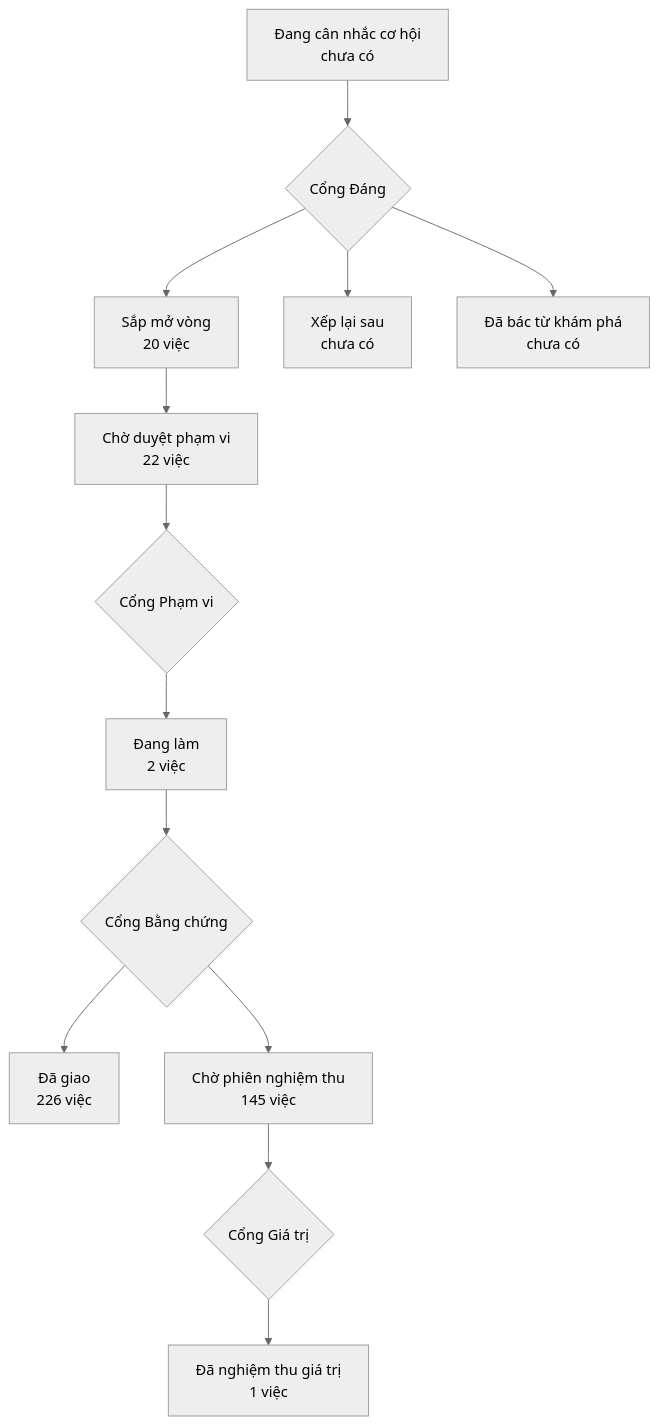
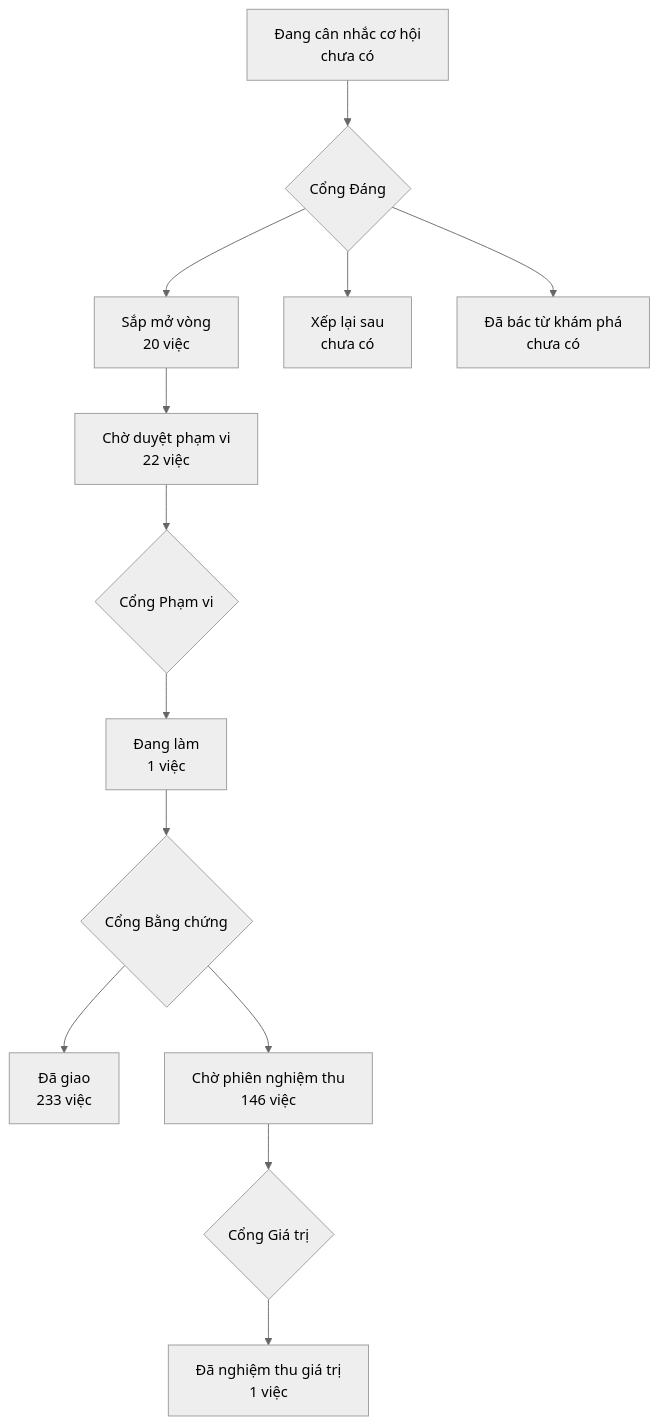
One commit to phanlemanh/onehub-invest changed the diagram in PRODUCT-MAP.md. Above: the diagram before and after it, drawn with Mermaid (neutral theme). The commit also changed other lines of this file and 1 other file, not shown here.

````diff
--- a/PRODUCT-MAP.md
+++ b/PRODUCT-MAP.md
@@ -7,12 +7,12 @@
 ```mermaid
 flowchart TD
   A["Đang cân nhắc cơ hội<br/>chưa có"] --> GD{"Cổng Đáng"}
   GD --> B["Sắp mở vòng<br/>20 việc"]
   GD --> XL["Xếp lại sau<br/>chưa có"]
   GD --> DB["Đã bác từ khám phá<br/>chưa có"]
   B --> CD["Chờ duyệt phạm vi<br/>22 việc"] --> GP{"Cổng Phạm vi"}
-  GP --> DL["Đang làm<br/>2 việc"] --> GB{"Cổng Bằng chứng"}
-  GB --> DG["Đã giao<br/>226 việc"]
-  GB --> CN["Chờ phiên nghiệm thu<br/>145 việc"] --> GG{"Cổng Giá trị"}
+  GP --> DL["Đang làm<br/>1 việc"] --> GB{"Cổng Bằng chứng"}
+  GB --> DG["Đã giao<br/>233 việc"]
+  GB --> CN["Chờ phiên nghiệm thu<br/>146 việc"] --> GG{"Cổng Giá trị"}
   GG --> NT["Đã nghiệm thu giá trị<br/>1 việc"]
 ```
````
